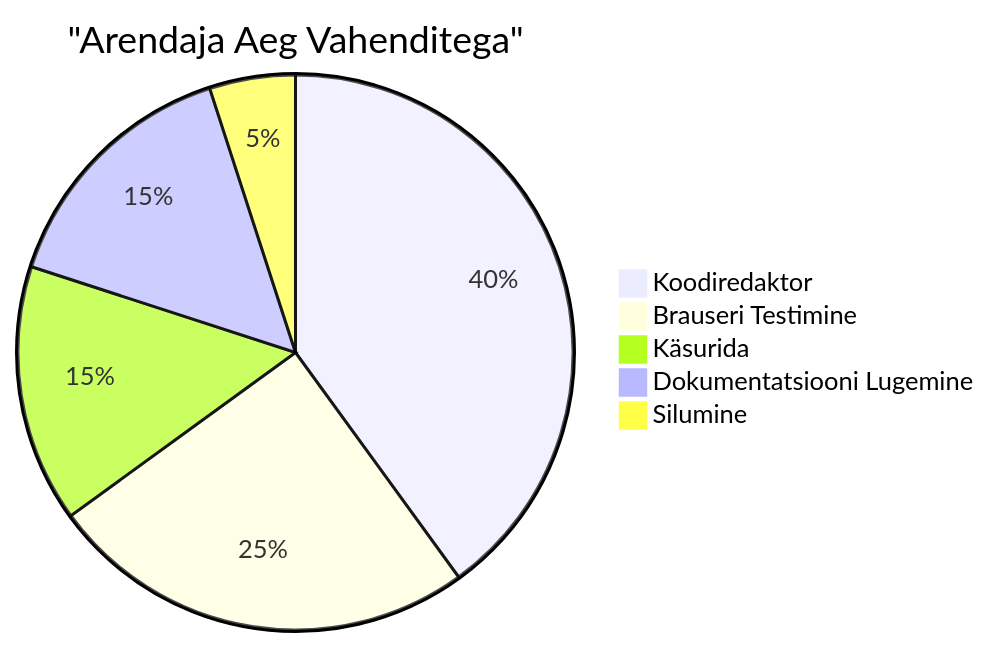
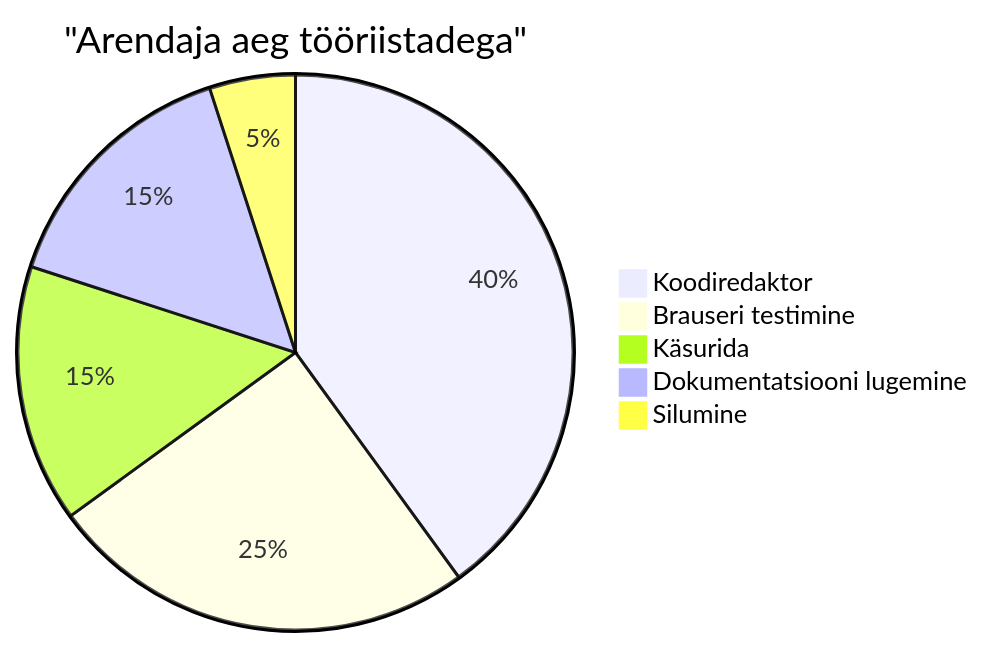
One commit to microsoft/Web-Dev-For-Beginners changed the sixth of 7 diagrams in translations/et/1-getting-started-lessons/1-intro-to-programming-languages/README.md. Above: the diagram before and after it, drawn with Mermaid. The commit also changed other lines of this file and 11 other files, not shown here.

````diff
--- a/translations/et/1-getting-started-lessons/1-intro-to-programming-languages/README.md
+++ b/translations/et/1-getting-started-lessons/1-intro-to-programming-languages/README.md
@@ -710,8 +713,8 @@
 ```mermaid
-pie title "Arendaja Aeg Vahenditega"
+pie title "Arendaja aeg tööriistadega"
     "Koodiredaktor" : 40
-    "Brauseri Testimine" : 25
+    "Brauseri testimine" : 25
     "Käsurida" : 15
-    "Dokumentatsiooni Lugemine" : 15
+    "Dokumentatsiooni lugemine" : 15
     "Silumine" : 5
-```  
+```
````
